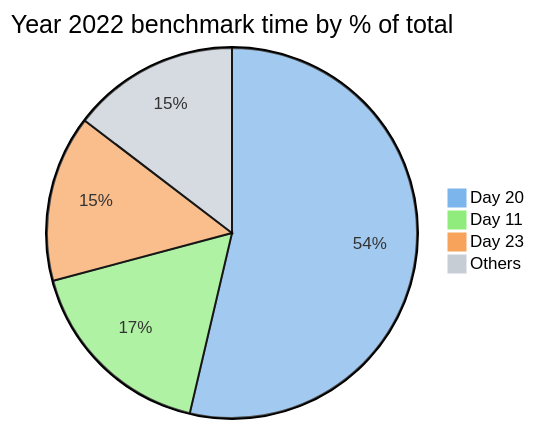
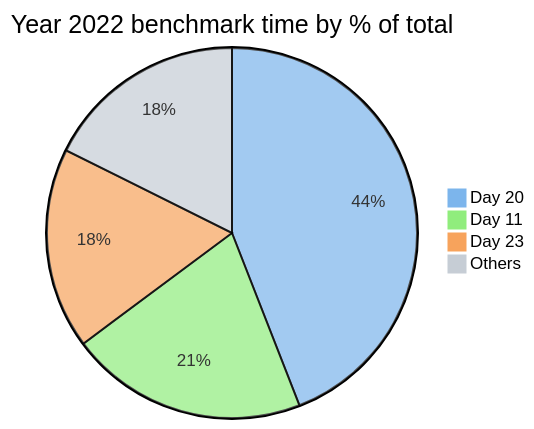
One commit to maneatingape/advent-of-code-rust changed the second of 7 diagrams in README.md. Above: the diagram before and after it, drawn with Mermaid. The commit also changed other lines of this file and 1 other file, not shown here.

````diff
--- a/README.md
+++ b/README.md
@@ -80,9 +80,9 @@
 ```mermaid
 %%{init: {"themeVariables": { "pie1": "#7cb5ec", "pie2": "#90ed7d", "pie3": "#f7a35c", "pie4": "#c6cdd5"}}}%%
 pie
     title Year 2022 benchmark time by % of total
-    "Day 20" : 7449
+    "Day 20" : 5067
     "Day 11" : 2386
     "Day 23" : 2017
     "Others" : 2029
 ```
````
